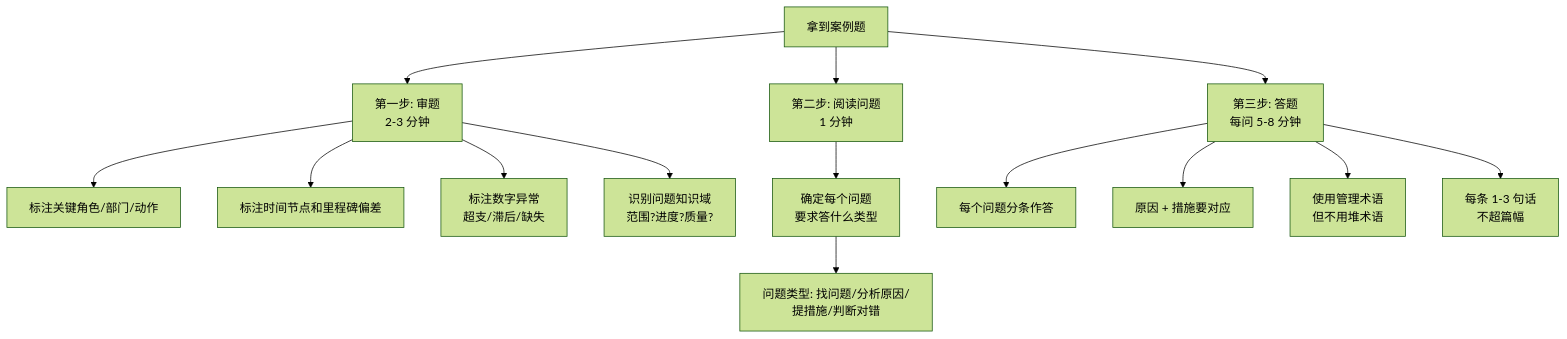
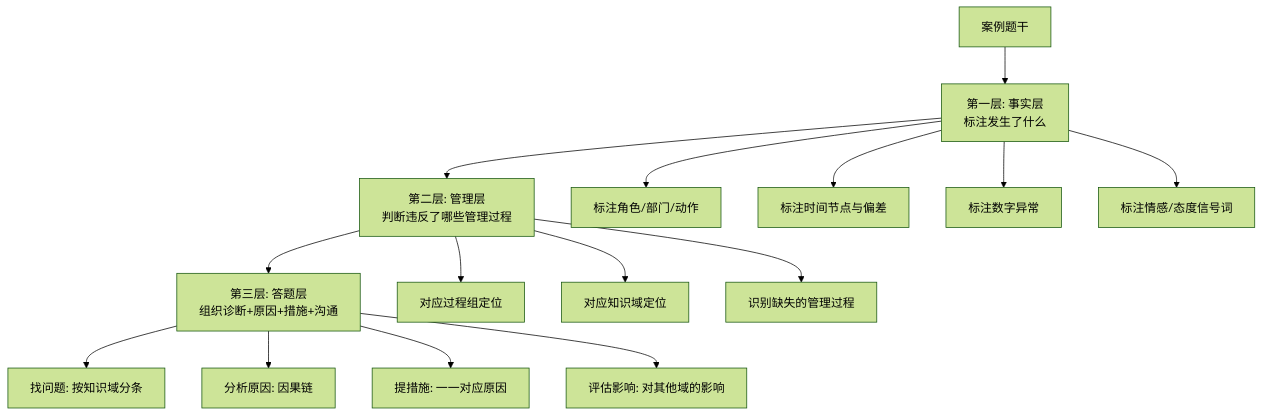
One commit to wrd233/ruankao changed the first of 3 diagrams in topic_learning_packages/topics/14_案例分析专题/T-CASE-001_专题学习包_下午案例题通用审题与答题方法.md. Above: the diagram before and after it, drawn with Mermaid (forest theme). The commit also changed other lines of this file and 17 other files, not shown here.

````diff
--- a/topic_learning_packages/topics/14_案例分析专题/T-CASE-001_专题学习包_下午案例题通用审题与答题方法.md
+++ b/topic_learning_packages/topics/14_案例分析专题/T-CASE-001_专题学习包_下午案例题通用审题与答题方法.md
@@ -11,16 +13,20 @@
 ```mermaid
 flowchart TD
-    A[拿到案例题] --> B[第一步: 审题<br>2-3 分钟]
-    B --> B1[标注关键角色/部门/动作]
-    B --> B2[标注时间节点和里程碑偏差]
-    B --> B3[标注数字异常<br>超支/滞后/缺失]
-    B --> B4[识别问题知识域<br>范围?进度?质量?]
-    A --> C[第二步: 阅读问题<br>1 分钟]
-    C --> C1[确定每个问题<br>要求答什么类型]
-    C1 --> C2[问题类型: 找问题/分析原因/提措施/判断对错]
-    A --> D[第三步: 答题<br>每问 5-8 分钟]
-    D --> D1[每个问题分条作答]
-    D --> D2[原因 + 措施要对应]
-    D --> D3[使用管理术语<br>但不用堆术语]
-    D --> D4[每条 1-3 句话<br>不超篇幅]
+    A[案例题干] --> B[第一层: 事实层<br>标注发生了什么]
+    B --> C[第二层: 管理层<br>判断违反了哪些管理过程]
+    C --> D[第三层: 答题层<br>组织诊断+原因+措施+沟通]
+    
+    B --> B1[标注角色/部门/动作]
+    B --> B2[标注时间节点与偏差]
+    B --> B3[标注数字异常]
+    B --> B4[标注情感/态度信号词]
+    
+    C --> C1[对应过程组定位]
+    C --> C2[对应知识域定位]
+    C --> C3[识别缺失的管理过程]
+    
+    D --> D1[找问题: 按知识域分条]
+    D --> D2[分析原因: 因果链]
+    D --> D3[提措施: 一一对应原因]
+    D --> D4[评估影响: 对其他域的影响]
 ```
````
